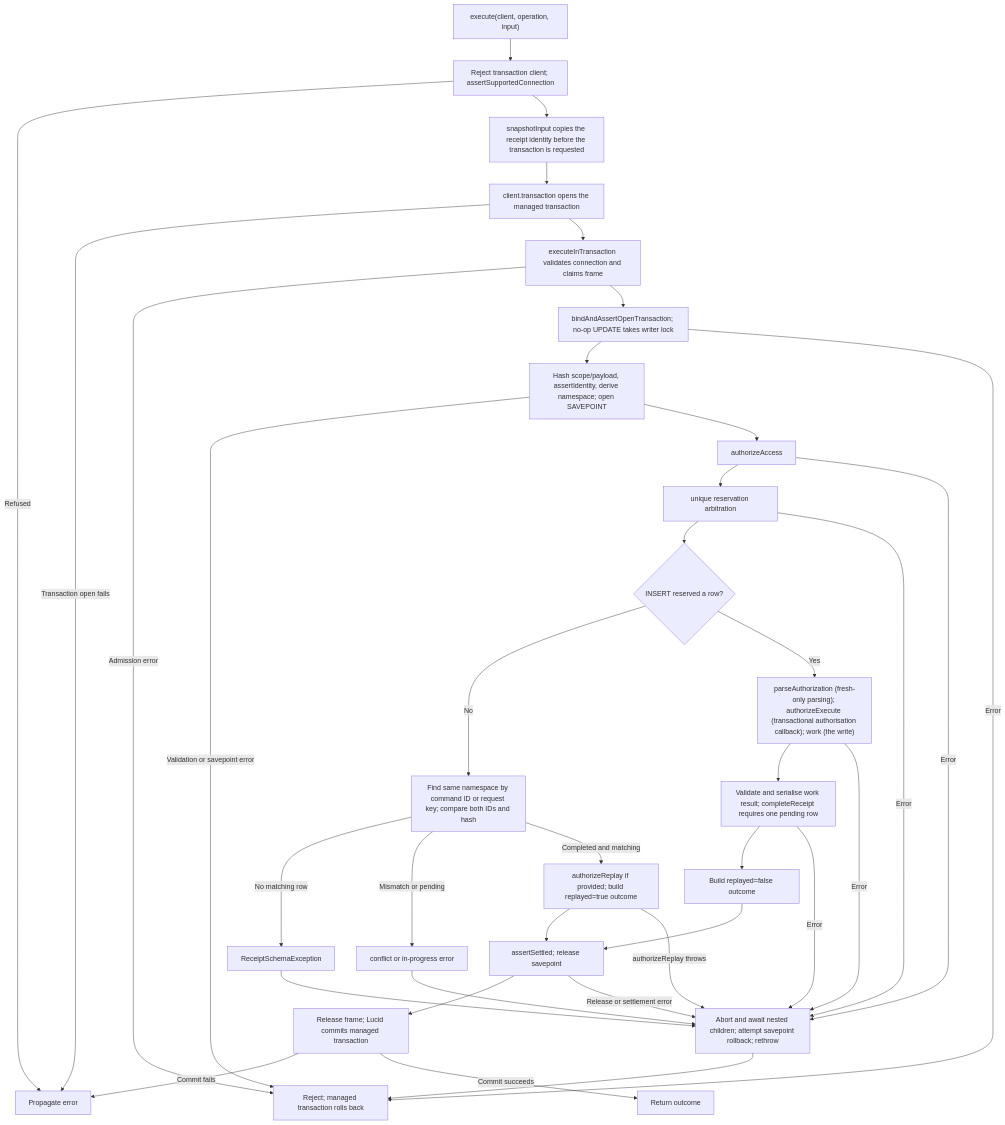
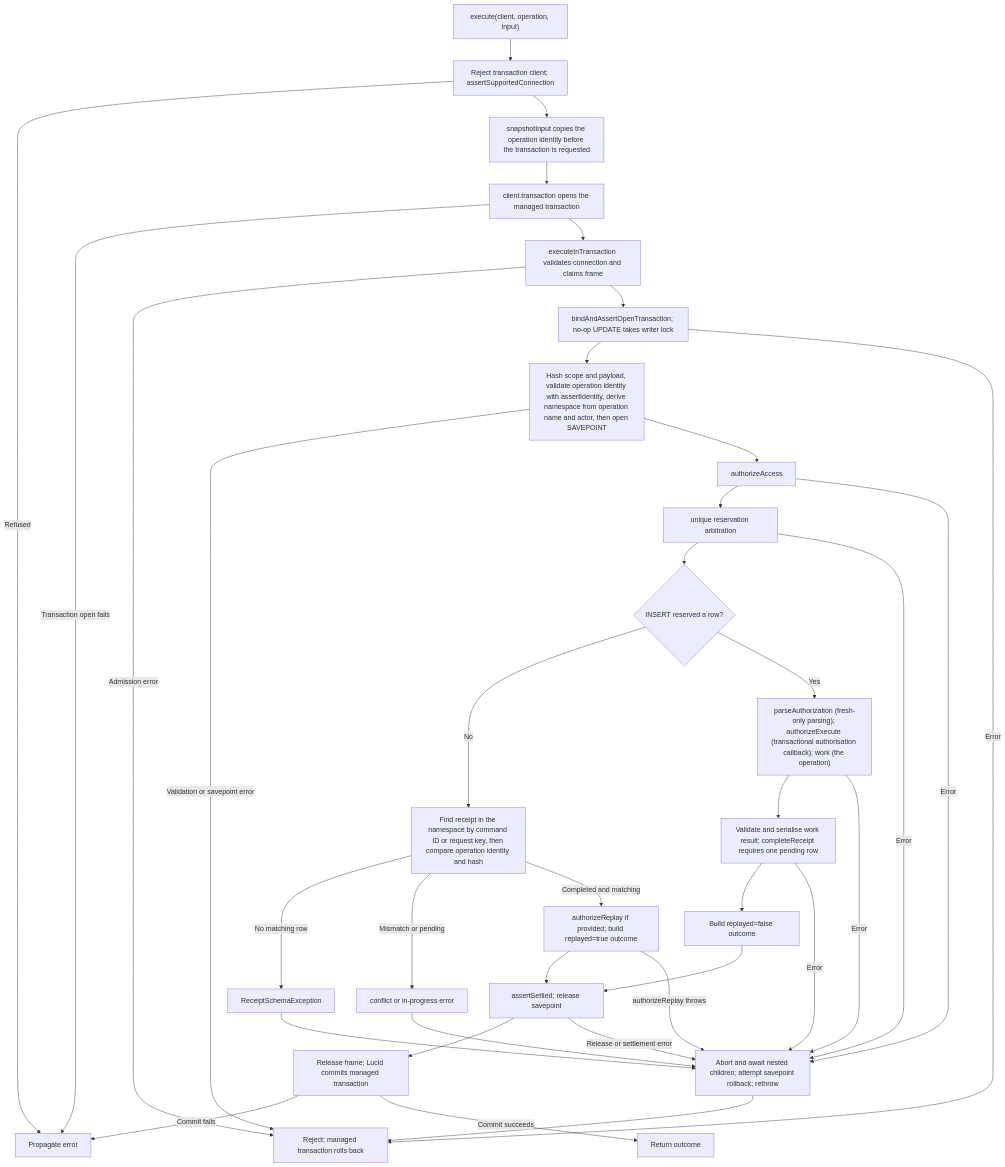
The second of 2 diagrams in user-stories/US-GUARD-01-execute-command.md (Kevinjohn/oss-adonisjs-duplicate-request-guard), drawn with Mermaid before and after one commit. The commit also changed other lines of this file, not shown here.

Commit message:
Use operation terminology in the duplicate-request story

````diff
--- a/user-stories/US-GUARD-01-execute-command.md
+++ b/user-stories/US-GUARD-01-execute-command.md
@@ -57,38 +59,38 @@
 ```mermaid
 flowchart TD
     A["execute(client, operation, input)"] --> B["Reject transaction client; assertSupportedConnection"]
     B -->|Refused| X2["Propagate error"]
-    B --> B2["snapshotInput copies the receipt identity before the transaction is requested"]
+    B --> B2["snapshotInput copies the operation identity before the transaction is requested"]
     B2 --> B3["client.transaction opens the managed transaction"]
     B3 -->|Transaction open fails| X2
     B3 --> C["executeInTransaction validates connection and claims frame"]
     C -->|Admission error| T
     C --> V["bindAndAssertOpenTransaction; no-op UPDATE takes writer lock"]
-    V --> D["Hash scope/payload, assertIdentity, derive namespace; open SAVEPOINT"]
+    V --> D["Hash scope and payload, validate operation identity with assertIdentity, derive namespace from operation name and actor, then open SAVEPOINT"]
     V -->|Error| T["Reject; managed transaction rolls back"]
     D -->|Validation or savepoint error| T
     D --> D2["authorizeAccess"]
     D2 --> E["unique reservation arbitration"]
     E --> F{"INSERT reserved a row?"}
     E -->|Error| Y
-    F -->|No| G["Find same namespace by command ID or request key; compare both IDs and hash"]
+    F -->|No| G["Find receipt in the namespace by command ID or request key, then compare operation identity and hash"]
     G -->|No matching row| S["ReceiptSchemaException"]
     S --> Y
     G -->|Mismatch or pending| X["conflict or in-progress error"]
     G -->|Completed and matching| L["authorizeReplay if provided; build replayed=true outcome"]
-    F -->|Yes| H["parseAuthorization (fresh-only parsing); authorizeExecute (transactional authorisation callback); work (the write)"]
+    F -->|Yes| H["parseAuthorization (fresh-only parsing); authorizeExecute (transactional authorisation callback); work (the operation)"]
     H --> I["Validate and serialise work result; completeReceipt requires one pending row"]
     I --> J["Build replayed=false outcome"]
     L --> K["assertSettled; release savepoint"]
     J --> K
     K --> M["Release frame; Lucid commits managed transaction"]
     M -->|Commit fails| X2
     M -->|Commit succeeds| O["Return outcome"]
     K -->|Release or settlement error| Y
     D2 -->|Error| Y["Abort and await nested children; attempt savepoint rollback; rethrow"]
     X --> Y
     L -->|authorizeReplay throws| Y
     H -->|Error| Y
     I -->|Error| Y
     Y --> T
 ```
````
